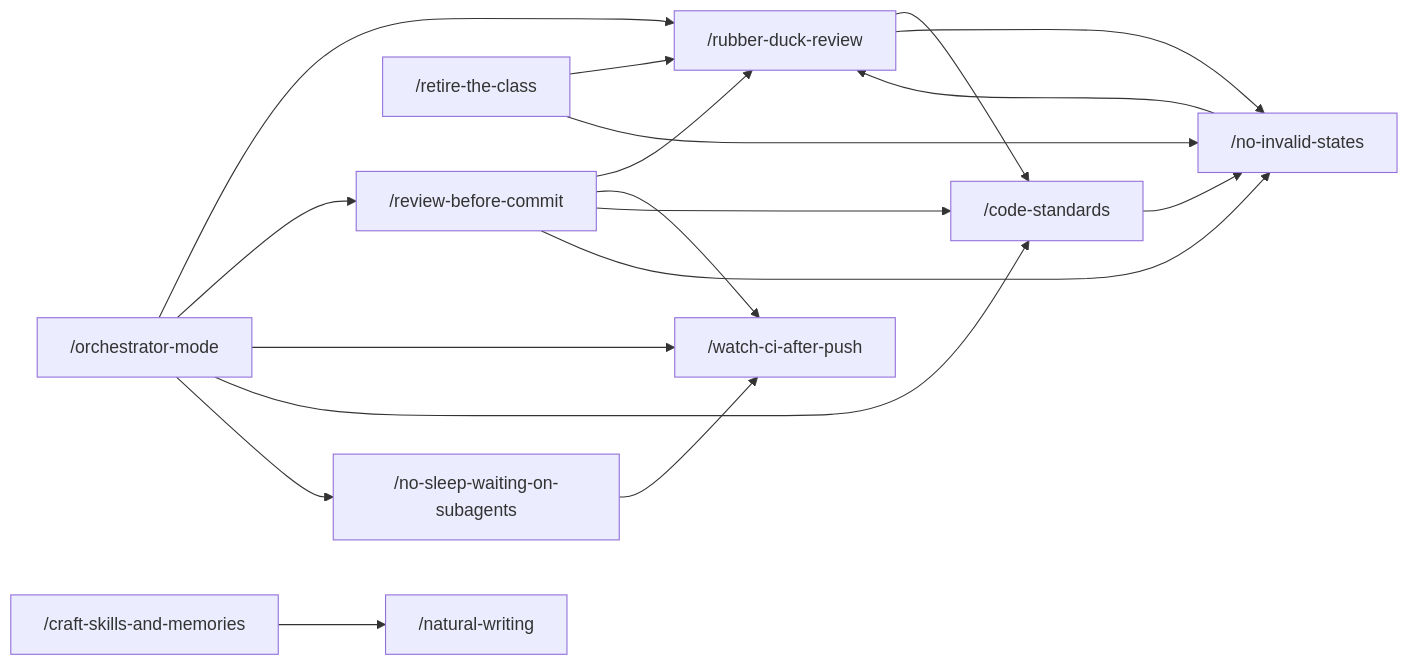
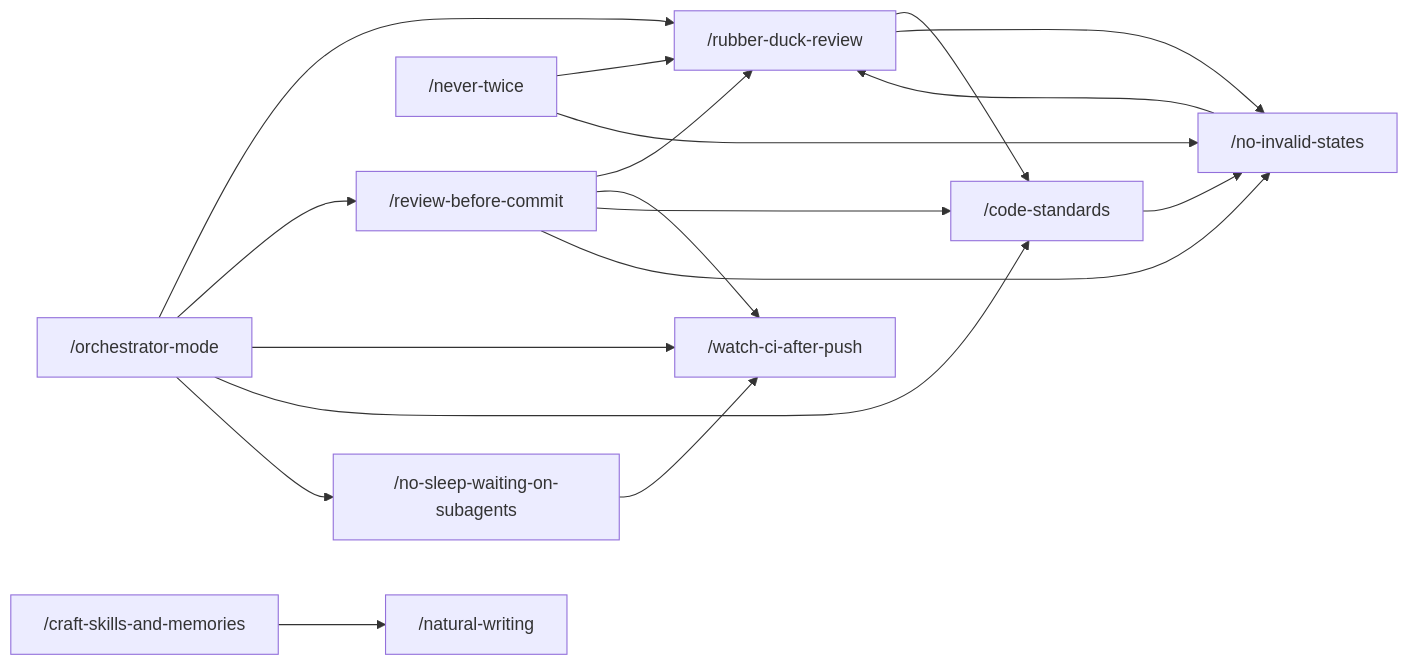
Before and after one commit to Vivswan/skills: the diagram in README.md, drawn with Mermaid. The commit also changed other lines of this file and 12 other files, not shown here.

Commit message:
feat: redesign retire-the-class as never-twice around the response ladder

````diff
--- a/README.md
+++ b/README.md
@@ -35,20 +35,20 @@
 ```mermaid
 graph LR
   om["/orchestrator-mode"] --> rdr["/rubber-duck-review"]
   om --> rbc["/review-before-commit"]
   om --> wca["/watch-ci-after-push"]
   om --> cs["/code-standards"]
   rbc --> rdr
   rbc --> wca
   rbc --> cs
   rbc --> nis["/no-invalid-states"]
   rdr --> cs
   rdr --> nis
   nis --> rdr
   cs --> nis
-  rtc["/retire-the-class"] --> rdr
-  rtc --> nis
+  nt["/never-twice"] --> rdr
+  nt --> nis
   om --> nsw["/no-sleep-waiting-on-subagents"]
   nsw --> wca
   csm["/craft-skills-and-memories"] --> nw["/natural-writing"]
 ```
````
